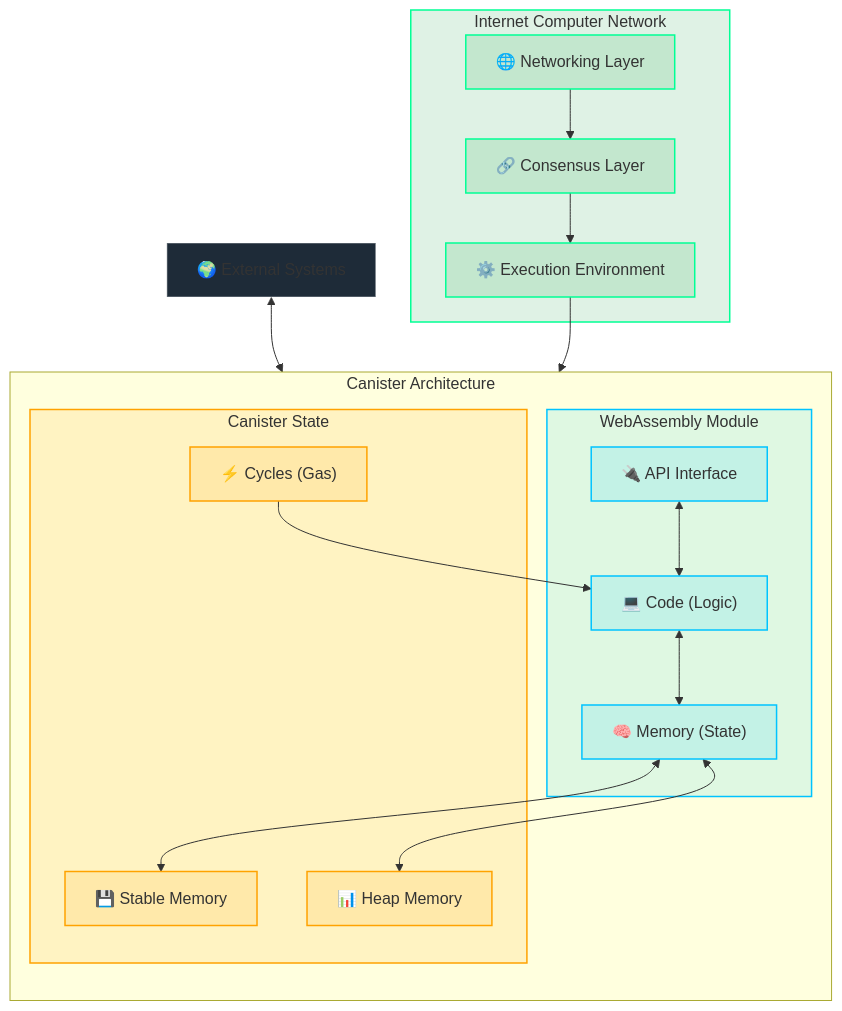
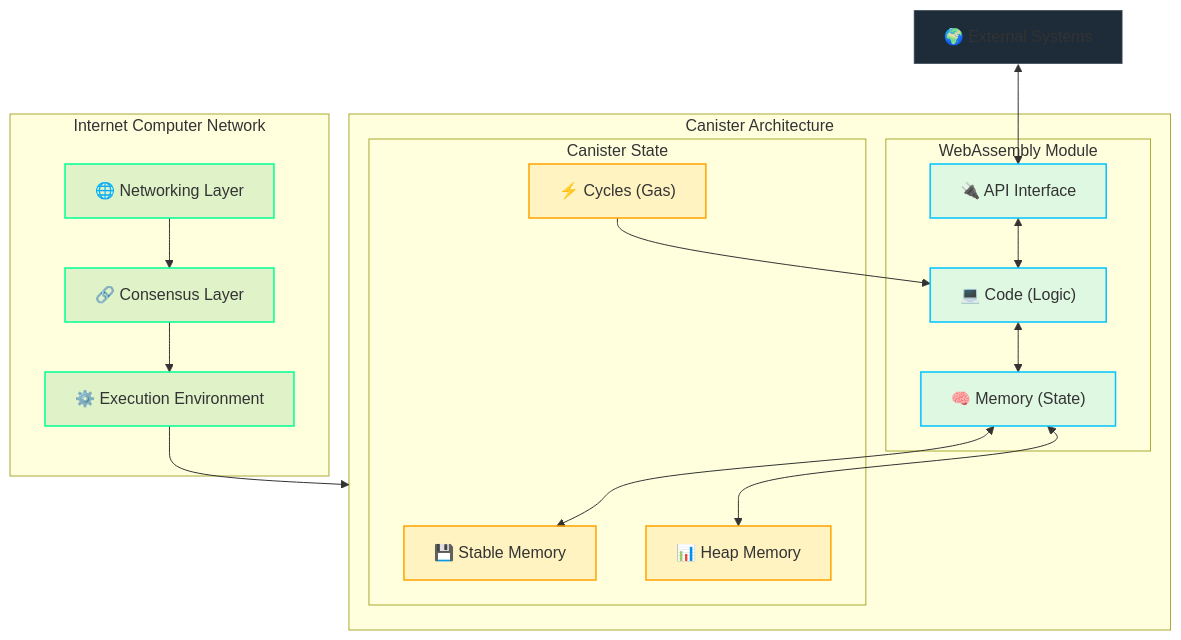
Before and after one commit to cosmicrafts/cosmicrafts-dao: the fourth of 6 diagrams in src/frontend/src/assets/markdown/en/architecture.md, drawn with Mermaid. The commit also changed other lines of this file and 1 other file, not shown here.

Commit message:
mermaids #3

````diff
--- a/src/frontend/src/assets/markdown/en/architecture.md
+++ b/src/frontend/src/assets/markdown/en/architecture.md
@@ -457,55 +510,70 @@
 ```mermaid
 flowchart TD
-    %% Main Canister Structure
+    %% WebAssembly Module nodes
+    Code["💻 Code (Logic)"]
+    Memory["🧠 Memory (State)"]
+    API["🔌 API Interface"]
+    
+    %% Canister State nodes
+    Stable["💾 Stable Memory"]
+    Heap["📊 Heap Memory"]
+    Cycles["⚡ Cycles (Gas)"]
+    
+    %% Internet Computer Network nodes
+    Consensus["🔗 Consensus Layer"]
+    Execution["⚙️ Execution Environment"]
+    Networking["🌐 Networking Layer"]
+    
+    %% External Systems node
+    External["🌍 External Systems"]
+    
+    %% Internal Canister Connections
+    Code <--> Memory
+    API <--> Code
+    Memory <--> Stable
+    Memory <--> Heap
+    Cycles --> Code
+    
+    %% Network connections
+    Networking --> Consensus
+    Consensus --> Execution
+    
+    %% External connections
+    External <--> API
+    
+    %% Subgraph definitions
     subgraph CanisterStructure["Canister Architecture"]
-        direction TB
-        
         subgraph WasmModule["WebAssembly Module"]
-            Code["💻 Code (Logic)"]
-            Memory["🧠 Memory (State)"]
-            API["🔌 API Interface"]
+            Code
+            Memory
+            API
         end
         
         subgraph CanisterState["Canister State"]
-            Stable["💾 Stable Memory"]
-            Heap["📊 Heap Memory"]
-            Cycles["⚡ Cycles (Gas)"]
+            Stable
+            Heap
+            Cycles
         end
-        
-        %% Internal Canister Connections
-        Code <--> Memory
-        API <--> Code
-        Memory <--> Stable
-        Memory <--> Heap
-        Cycles --> Code
     end
     
-    %% Internet Computer Infrastructure
     subgraph IC["Internet Computer Network"]
-        Consensus["🔗 Consensus Layer"]
-        Execution["⚙️ Execution Environment"]
-        Networking["🌐 Networking Layer"]
+        Networking
+        Consensus
+        Execution
     end
     
-    %% External Systems
-    External["🌍 External Systems"]
+    %% Connect the major components
+    Execution --> CanisterStructure
     
-    %% Connections between main components
-    Execution --> CanisterStructure
-    Consensus --> Execution
-    Networking --> Consensus
-    
-    External <--> API
-    
-    %% Styling classes - simplified for better aesthetics
+    %% Styling classes for visual distinction
     classDef module fill:#00c3ff20,stroke:#00c3ff,stroke-width:1.5px
     classDef state fill:#ffa20020,stroke:#ffa200,stroke-width:1.5px
     classDef ic fill:#00993320,stroke:#00ff95,stroke-width:1.5px
     classDef external fill:#1e2b38,stroke:#ffffff4d,stroke-width:1.5px
     
-    %% Apply styles
-    class WasmModule,Code,Memory,API module
-    class CanisterState,Stable,Heap,Cycles state
-    class IC,Consensus,Execution,Networking ic
+    %% Apply styles to nodes
+    class Code,Memory,API module
+    class Stable,Heap,Cycles state
+    class Networking,Consensus,Execution ic
     class External external
 ```
````
